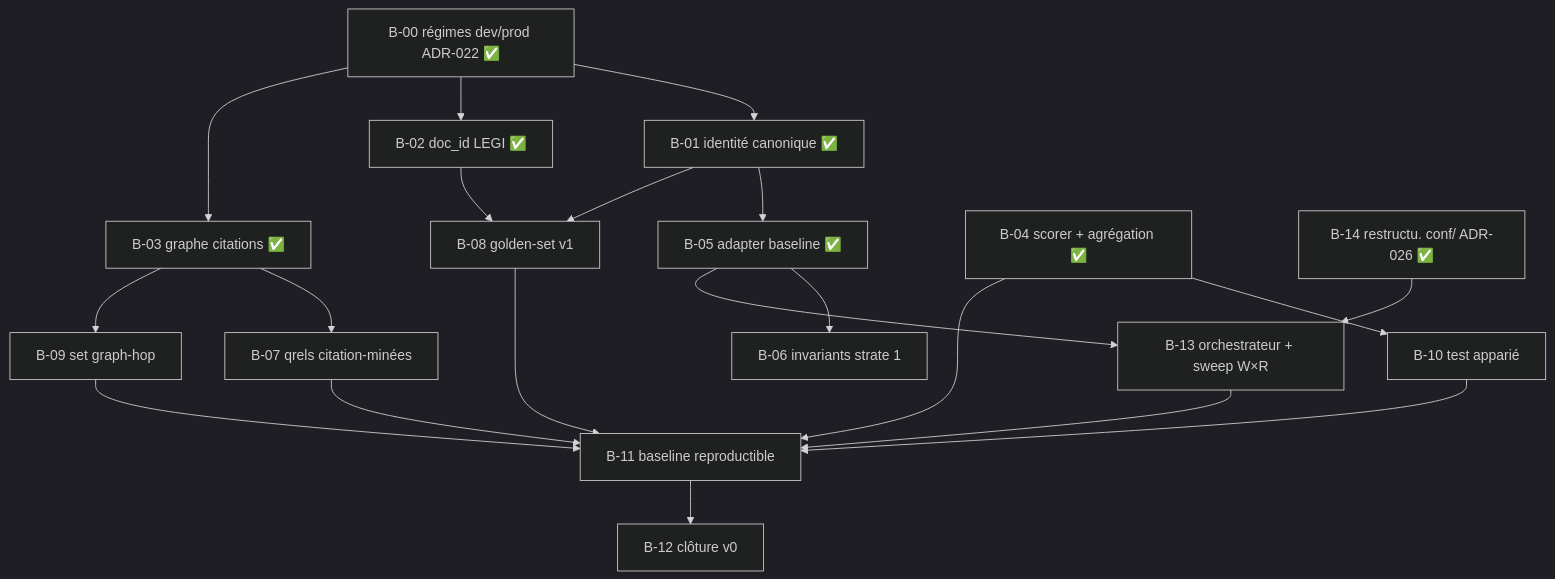
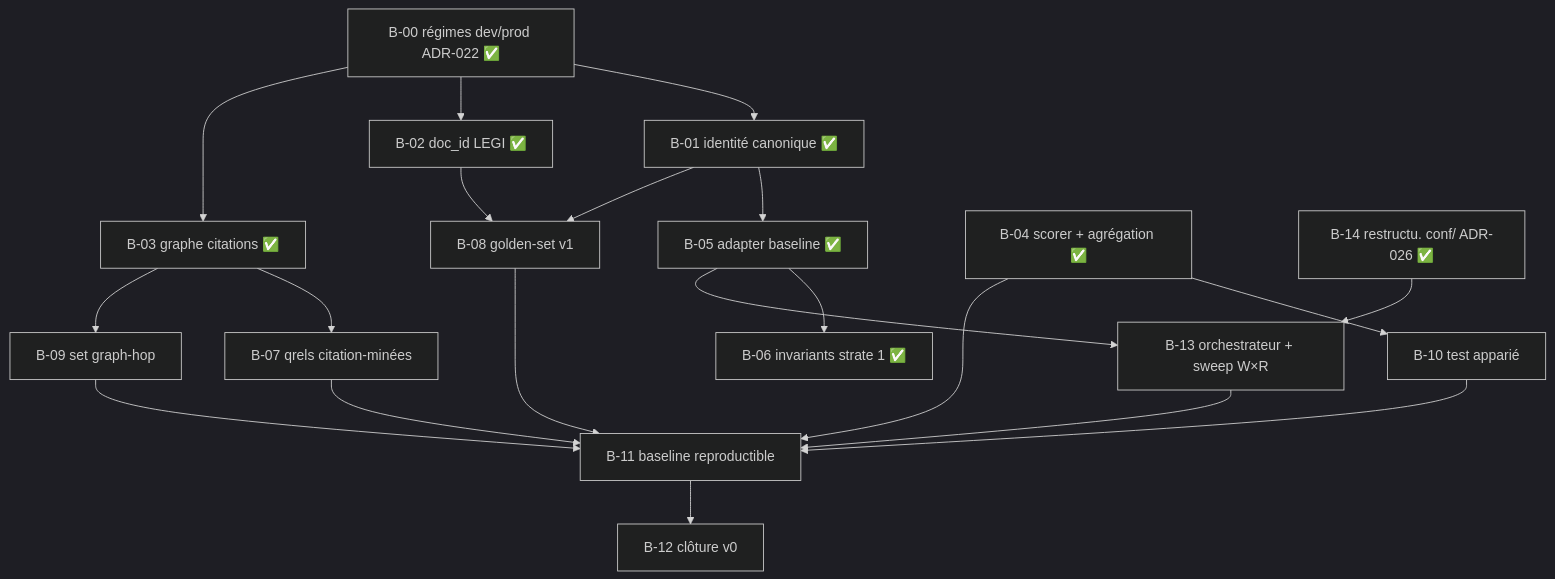
Before and after one commit to nmoutou/murphy: the diagram in docs/pilotage/BACKLOG.md, drawn with Mermaid (dark theme). The commit also changed other lines of this file and 14 other files, not shown here.

Commit message:
B-06 : strate des invariants

````diff
--- a/docs/pilotage/BACKLOG.md
+++ b/docs/pilotage/BACKLOG.md
@@ -88,22 +99,22 @@
 ```mermaid
 flowchart TD
     B00[B-00 régimes dev/prod ADR-022 ✅] --> B01[B-01 identité canonique ✅]
     B00 --> B02[B-02 doc_id LEGI ✅]
     B00 --> B03
     B01 --> B05[B-05 adapter baseline ✅]
     B01 --> B08[B-08 golden-set v1]
     B02 --> B08
     B03[B-03 graphe citations ✅] --> B07[B-07 qrels citation-minées]
     B03 --> B09[B-09 set graph-hop]
     B04[B-04 scorer + agrégation ✅] --> B10[B-10 test apparié]
     B04 --> B11[B-11 baseline reproductible]
-    B05 --> B06[B-06 invariants strate 1]
+    B05 --> B06[B-06 invariants strate 1 ✅]
     B05 --> B13[B-13 orchestrateur + sweep W×R]
     B14[B-14 restructu. conf/ ADR-026 ✅] --> B13
     B07 --> B11
     B08 --> B11
     B09 --> B11
     B10 --> B11
     B13 --> B11
     B11 --> B12[B-12 clôture v0]
 ```
````
